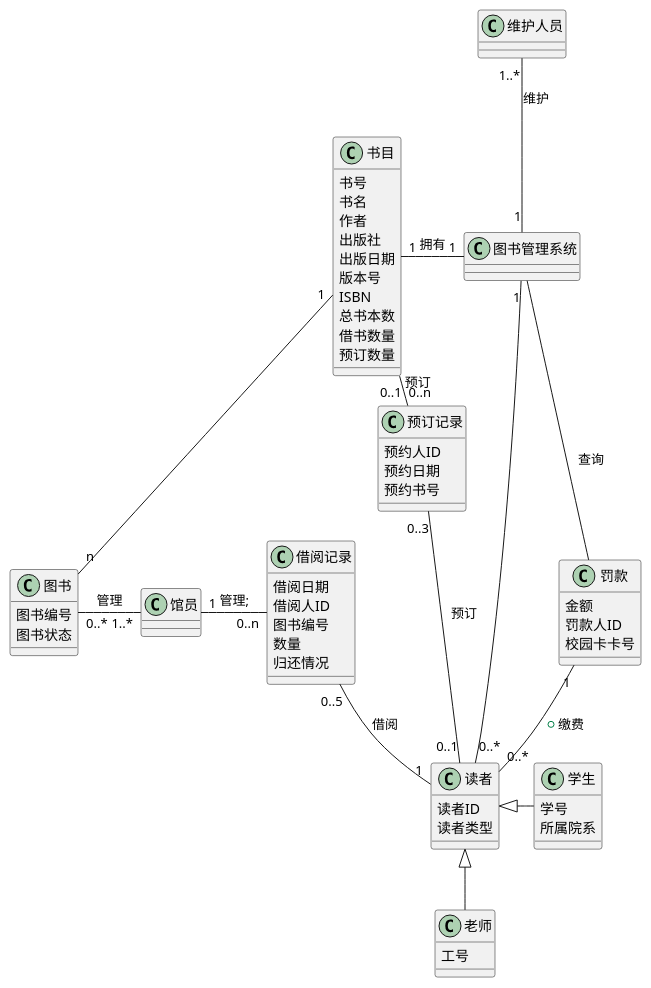
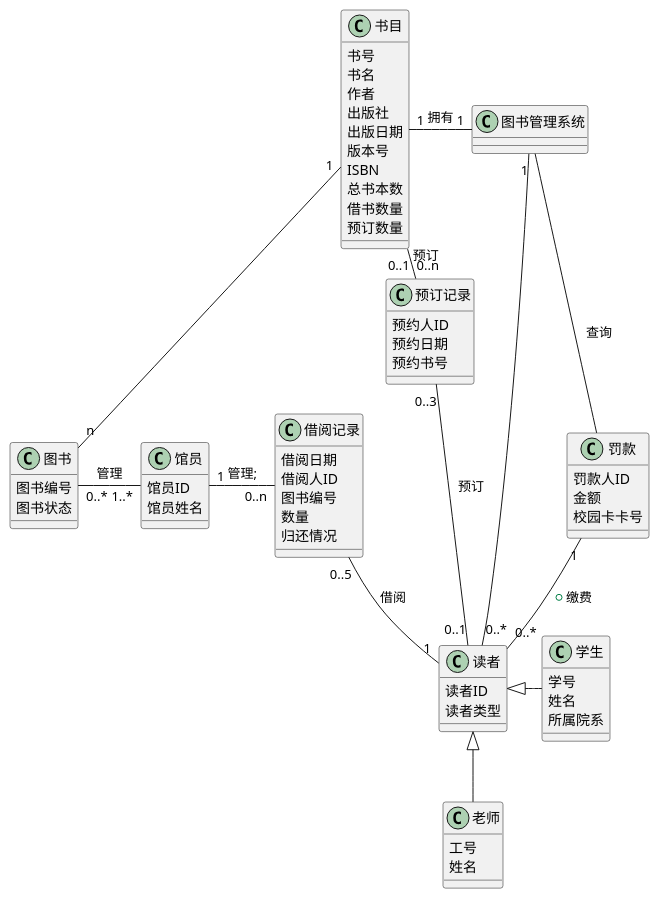
One commit to wuhengqiang100/is_analysis changed the diagram in test3/源码/3.1.puml. Above: the diagram before and after it, drawn with PlantUML. The commit also changed 2 other files, not shown here.

```diff
--- a/test3/源码/3.1.puml
+++ b/test3/源码/3.1.puml
@@ -1,83 +1,84 @@
 @startuml
 class 借阅记录{
     借阅日期
     借阅人ID
     图书编号
     数量
     归还情况
 }
 class 学生{
     学号
+    姓名
     所属院系
 }
-
 class 老师{
     工号
+    姓名
 }
 
 class 读者{
     读者ID
     读者类型
 }
-class 馆员
+class 馆员{
+    馆员ID
+    馆员姓名
+}
 class 罚款{
+    罚款人ID
     金额
-    罚款人ID
     校园卡卡号
 }
 class 图书管理系统
-class 维护人员
 class 预订记录{
     预约人ID
     预约日期
     预约书号
 }
 class 书目{
     书号
     书名
     作者
     出版社
     出版日期
     版本号
     ISBN
     总书本数
     借书数量
     预订数量
 }
 class 图书{
     图书编号
     图书状态
 }
 读者 <|-down-老师
 读者 <|-right- 学生
 借阅记录 "0..5" -down-"1" 读者:借阅
-
 图书管理系统 "1"-right-"0..*"读者
 读者 "0..1" -left- "0..3" 预订记录:预订
 借阅记录 "0..n" -left- "1" 馆员:管理;
 馆员 "1..*" -left-  "0..*"图书:管理
 罚款 "1"-- "0..*"读者:+缴费
 图书管理系统 -down- 罚款:查询
 图书管理系统 "1"-left-"1" 书目:拥有
-维护人员 "1..*" -down- "1" 图书管理系统:维护
 预订记录 "0..n" -left-  "0..1"书目:预订
 图书 "n" -up-  "1" 书目
 
 
 
 
 
 
 
 
 
 
 
 
 
 
 
 
 
 
 @enduml
```
